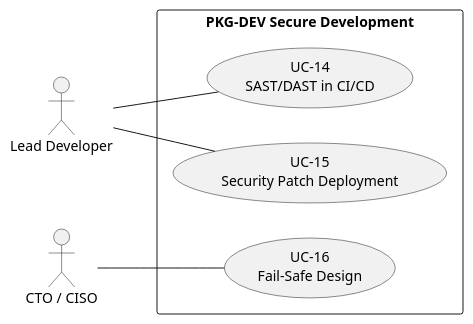
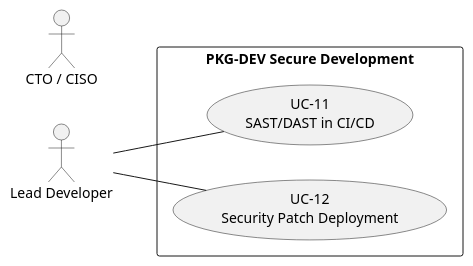
One commit to pauloribeiro16/Methodology_compact changed the tenth of 11 diagrams in 02_CASES/Case_01_TinyTask_SaaS/03_PHASE3_DECOMPOSITION_RICH/annexes/A_Use_Case_Diagrams.md. Above: the diagram before and after it, drawn with PlantUML. The commit also changed other lines of this file and 23 other files, not shown here.

Commit message:
[EXECUTOR] F3 ledger-zero C1: 4 borderline re-laned (UC-07/11/12/16 → PROC-18..21, P7) + compact renumber (36 UCs: compliance 01..13, product 14..36); Doc20 v3.4 + Doc32 v1.3 (4 SSDF cards + articulation) + annexes/SVGs; gates green (verify_rich exit 0, mermaid 196/196, smoke 16/16)

````diff
--- a/02_CASES/Case_01_TinyTask_SaaS/03_PHASE3_DECOMPOSITION_RICH/annexes/A_Use_Case_Diagrams.md
+++ b/02_CASES/Case_01_TinyTask_SaaS/03_PHASE3_DECOMPOSITION_RICH/annexes/A_Use_Case_Diagrams.md
@@ -344,15 +338,13 @@
 ```plantuml
 @startuml
 left to right direction
 actor "Lead Developer" as DEV
 actor "CTO / CISO" as CTO
 rectangle "PKG-DEV Secure Development" {
-usecase "UC-14\nSAST/DAST in CI/CD" as UC421
-usecase "UC-15\nSecurity Patch Deployment" as UC431
-usecase "UC-16\nFail-Safe Design" as UC441
+usecase "UC-11\nSAST/DAST in CI/CD" as UC421
+usecase "UC-12\nSecurity Patch Deployment" as UC431
 }
 DEV -- UC421
 DEV -- UC431
-CTO -- UC441
 @enduml
 ```
````
